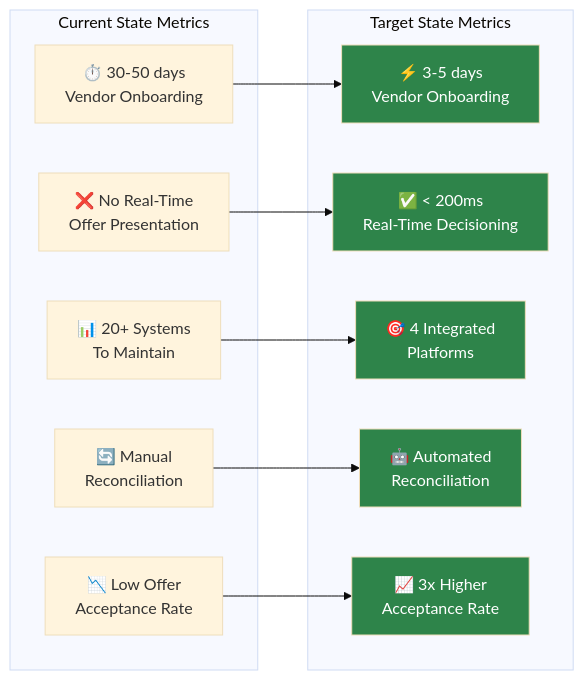
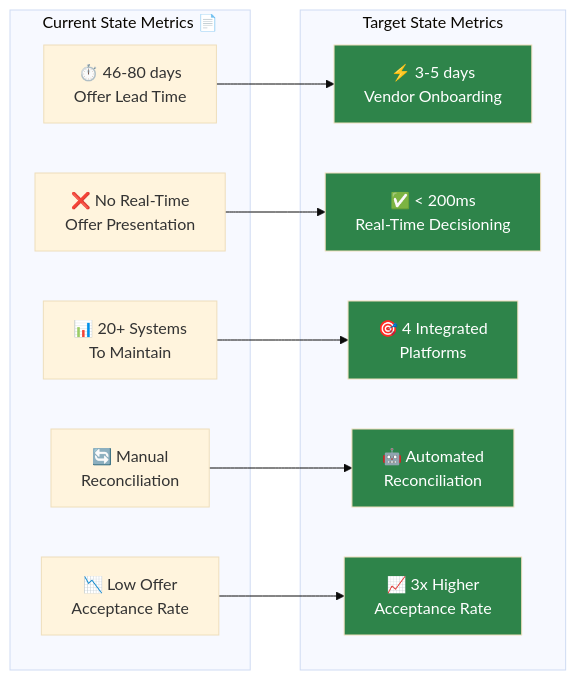
Before and after one commit to arupsarkar-sfdc/Misc: diagram 17 of 17 in Scotia/README_Scotia_Pega_Replacement_Architecture.md, drawn with Mermaid (base theme). The commit also changed other lines of this file, not shown here.

Commit message:
Updated Scotia bank architecture

````diff
--- a/Scotia/README_Scotia_Pega_Replacement_Architecture.md
+++ b/Scotia/README_Scotia_Pega_Replacement_Architecture.md
@@ -1296,30 +1633,30 @@
 ```mermaid
 graph LR
-    subgraph Before["Current State Metrics"]
-        B1["⏱️ 30-50 days<br/>Vendor Onboarding"]
+    subgraph Before["Current State Metrics 📄"]
+        B1["⏱️ 46-80 days<br/>Offer Lead Time"]
         B2["❌ No Real-Time<br/>Offer Presentation"]
         B3["📊 20+ Systems<br/>To Maintain"]
         B4["🔄 Manual<br/>Reconciliation"]
         B5["📉 Low Offer<br/>Acceptance Rate"]
     end
     
     subgraph After["Target State Metrics"]
         A1["⚡ 3-5 days<br/>Vendor Onboarding"]
         A2["✅ < 200ms<br/>Real-Time Decisioning"]
         A3["🎯 4 Integrated<br/>Platforms"]
         A4["🤖 Automated<br/>Reconciliation"]
         A5["📈 3x Higher<br/>Acceptance Rate"]
     end
     
     B1 --> A1
     B2 --> A2
     B3 --> A3
     B4 --> A4
     B5 --> A5
     
     style A1 fill:#2e844a,color:#fff
     style A2 fill:#2e844a,color:#fff
     style A3 fill:#2e844a,color:#fff
     style A4 fill:#2e844a,color:#fff
     style A5 fill:#2e844a,color:#fff
 ```
````
